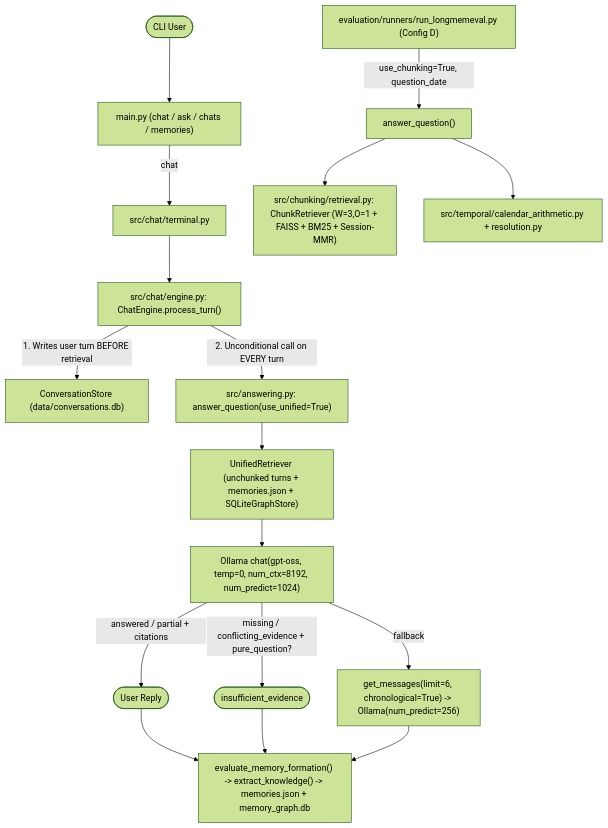
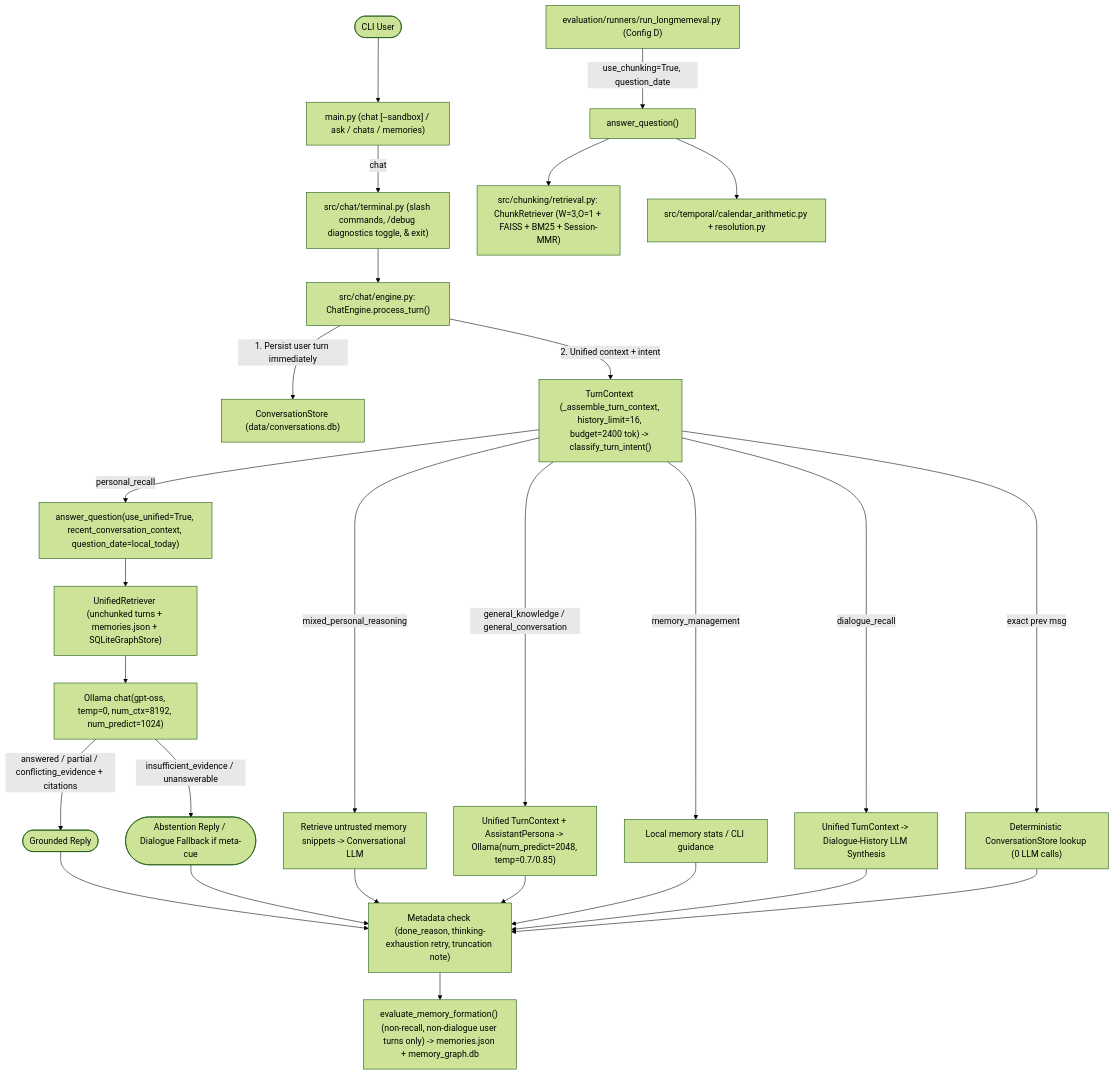
One commit to Krish1022sona/IVARA changed the diagram in ARCHITECTURE.md. Above: the diagram before and after it, drawn with Mermaid (forest theme). The commit also changed other lines of this file and 19 other files, not shown here.

Commit message:
feat(core): Phase 1B & 1C conversational reliability, unified context, and runtime stability

````diff
--- a/ARCHITECTURE.md
+++ b/ARCHITECTURE.md
@@ -42,18 +42,24 @@
 ```mermaid
 flowchart TD
-    User([CLI User]) --> Main["main.py (chat / ask / chats / memories)"]
-    Main -->|chat| Term["src/chat/terminal.py"]
+    User([CLI User]) --> Main["main.py (chat [--sandbox] / ask / chats / memories)"]
+    Main -->|chat| Term["src/chat/terminal.py (slash commands, /debug diagnostics toggle, & exit)"]
     Term --> Engine["src/chat/engine.py: ChatEngine.process_turn()"]
-    Engine -->|1. Writes user turn BEFORE retrieval| DB["ConversationStore (data/conversations.db)"]
-    Engine -->|2. Unconditional call on EVERY turn| Ans["src/answering.py: answer_question(use_unified=True)"]
+    Engine -->|1. Persist user turn immediately| DB["ConversationStore (data/conversations.db)"]
+    Engine -->|2. Unified context + intent| Ctx["TurnContext (_assemble_turn_context, history_limit=16, budget=2400 tok) -> classify_turn_intent()"]
+    Ctx -->|memory_management| MemMgmt["Local memory stats / CLI guidance"]
+    Ctx -->|exact prev msg| Det["Deterministic ConversationStore lookup (0 LLM calls)"]
+    Ctx -->|dialogue_recall| Dlg["Unified TurnContext -> Dialogue-History LLM Synthesis"]
+    Ctx -->|personal_recall| Ans["answer_question(use_unified=True, recent_conversation_context, question_date=local_today)"]
     Ans --> UR["UnifiedRetriever (unchunked turns + memories.json + SQLiteGraphStore)"]
     UR --> Gen["Ollama chat(gpt-oss, temp=0, num_ctx=8192, num_predict=1024)"]
-    Gen -->|answered / partial + citations| Reply([User Reply])
-    Gen -->|missing / conflicting_evidence + pure_question?| Insuff([insufficient_evidence])
-    Gen -->|fallback| Conv["get_messages(limit=6, chronological=True) -> Ollama(num_predict=256)"]
-    Reply & Insuff & Conv --> Policy["evaluate_memory_formation() -> extract_knowledge() -> memories.json + memory_graph.db"]
+    Gen -->|answered / partial / conflicting_evidence + citations| Reply([Grounded Reply])
+    Gen -->|insufficient_evidence / unanswerable| Insuff([Abstention Reply / Dialogue Fallback if meta-cue])
+    Ctx -->|mixed_personal_reasoning| Mix["Retrieve untrusted memory snippets -> Conversational LLM"]
+    Ctx -->|general_knowledge / general_conversation| Conv["Unified TurnContext + AssistantPersona -> Ollama(num_predict=2048, temp=0.7/0.85)"]
+    Reply & Insuff & Mix & Conv & MemMgmt & Dlg & Det --> Safe["Metadata check (done_reason, thinking-exhaustion retry, truncation note)"]
+    Safe --> Policy["evaluate_memory_formation() (non-recall, non-dialogue user turns only) -> memories.json + memory_graph.db"]
 
     Bench["evaluation/runners/run_longmemeval.py (Config D)"] -->|use_chunking=True, question_date| AnsB["answer_question()"]
     AnsB --> Chunk["src/chunking/retrieval.py: ChunkRetriever (W=3,O=1 + FAISS + BM25 + Session-MMR)"]
     AnsB --> Cal["src/temporal/calendar_arithmetic.py + resolution.py"]
 ```
````
